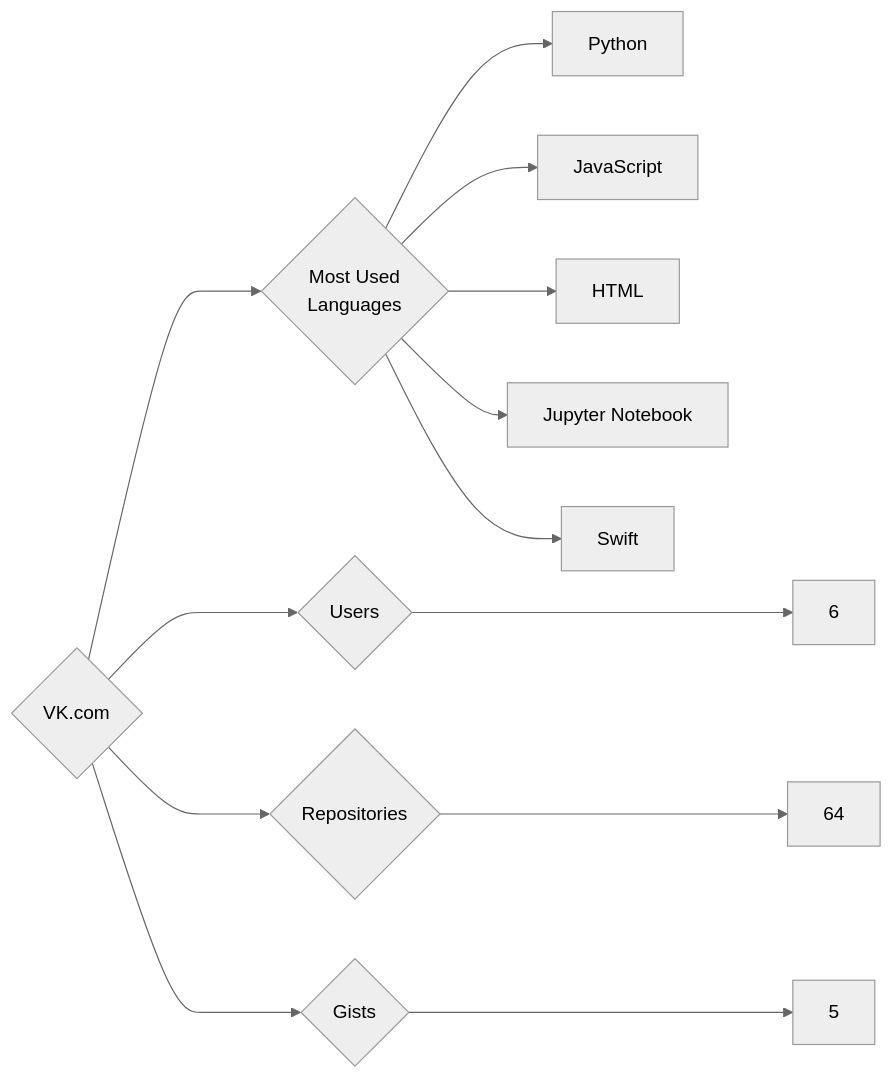
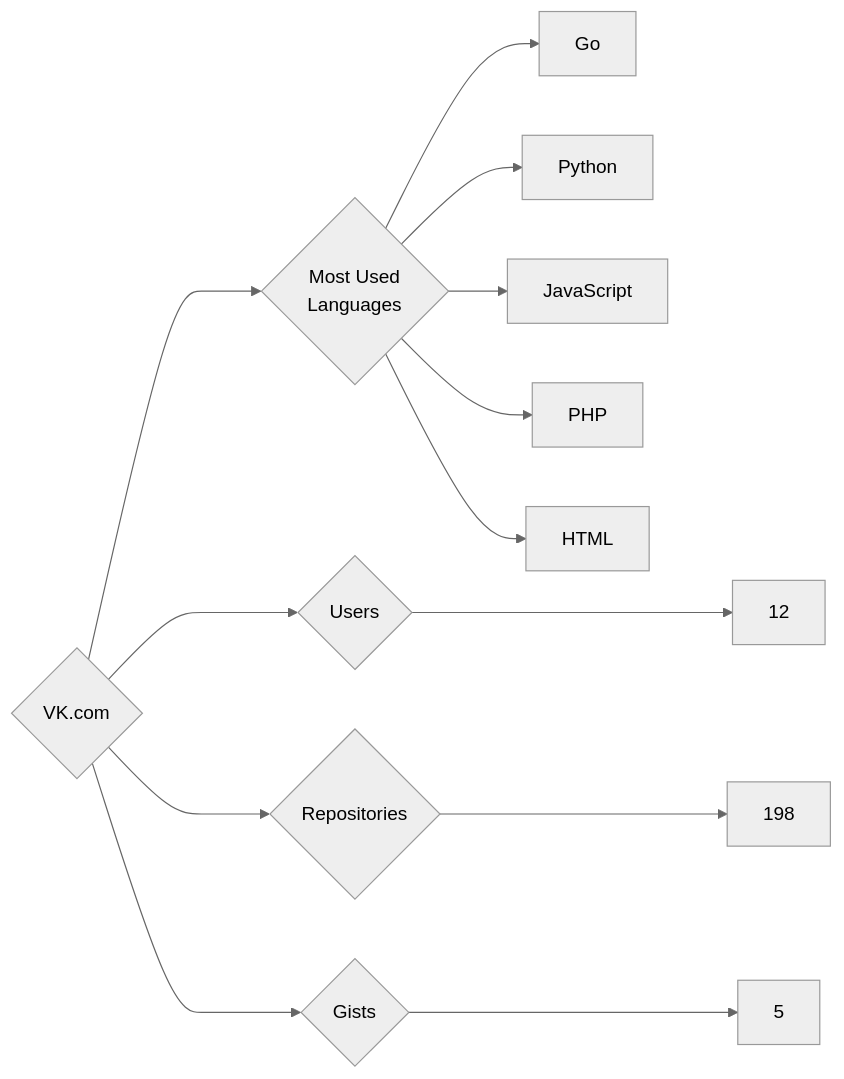
One commit to trickest/insiders changed the diagram in targets/VK.com/README.md. Above: the diagram before and after it, drawn with Mermaid (neutral theme). The commit also changed 770 other files, not shown here.

````diff
--- a/targets/VK.com/README.md
+++ b/targets/VK.com/README.md
@@ -3,13 +3,13 @@
 ```mermaid
 graph LR
 COMPANY_NAME{VK.com}
-COMPANY_NAME ---> U{Users} ---> UN[6]
-COMPANY_NAME ---> R{Repositories} ---> RN[64]
+COMPANY_NAME ---> U{Users} ---> UN[12]
+COMPANY_NAME ---> R{Repositories} ---> RN[198]
 COMPANY_NAME ---> G{Gists} ---> GN[5]
 COMPANY_NAME ---> ML{Most Used<br>Languages}
+ML --> Go[Go]
 ML --> Python[Python]
 ML --> JavaScript[JavaScript]
+ML --> PHP[PHP]
 ML --> HTML[HTML]
-ML --> Jupyter_Notebook[Jupyter Notebook]
-ML --> Swift[Swift]
 ```
````
